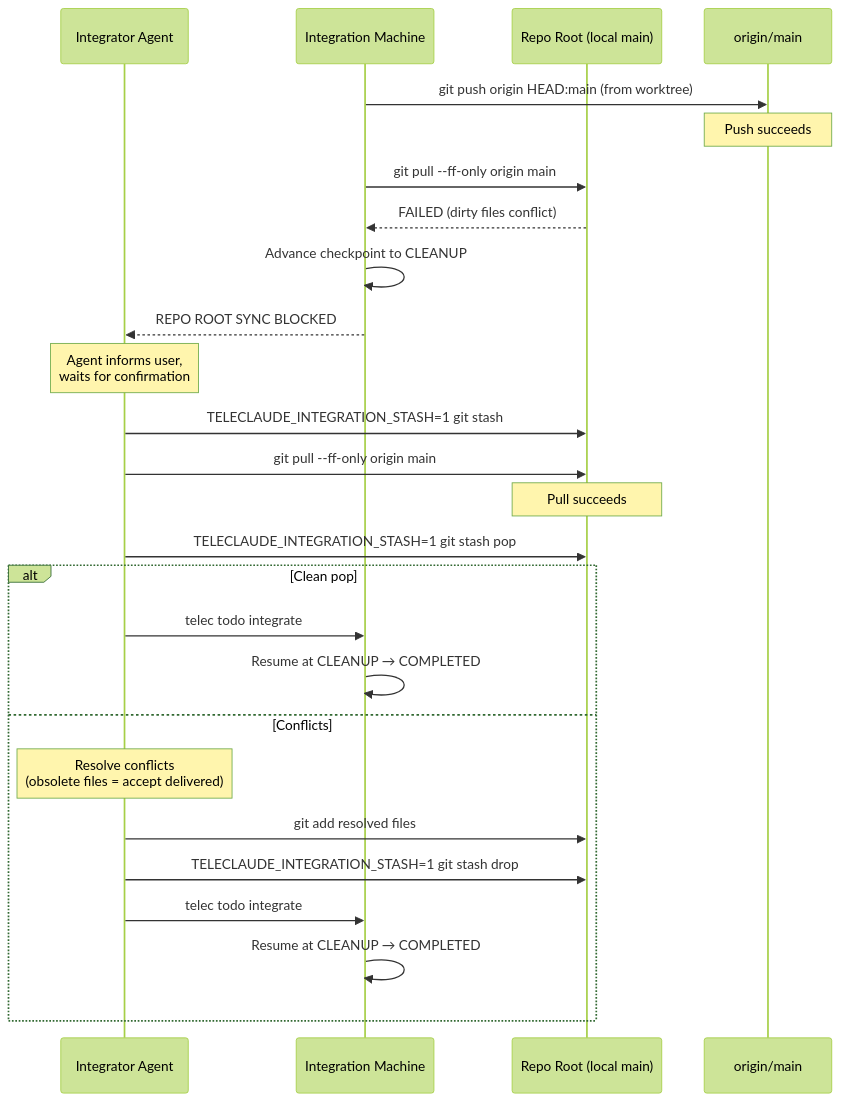
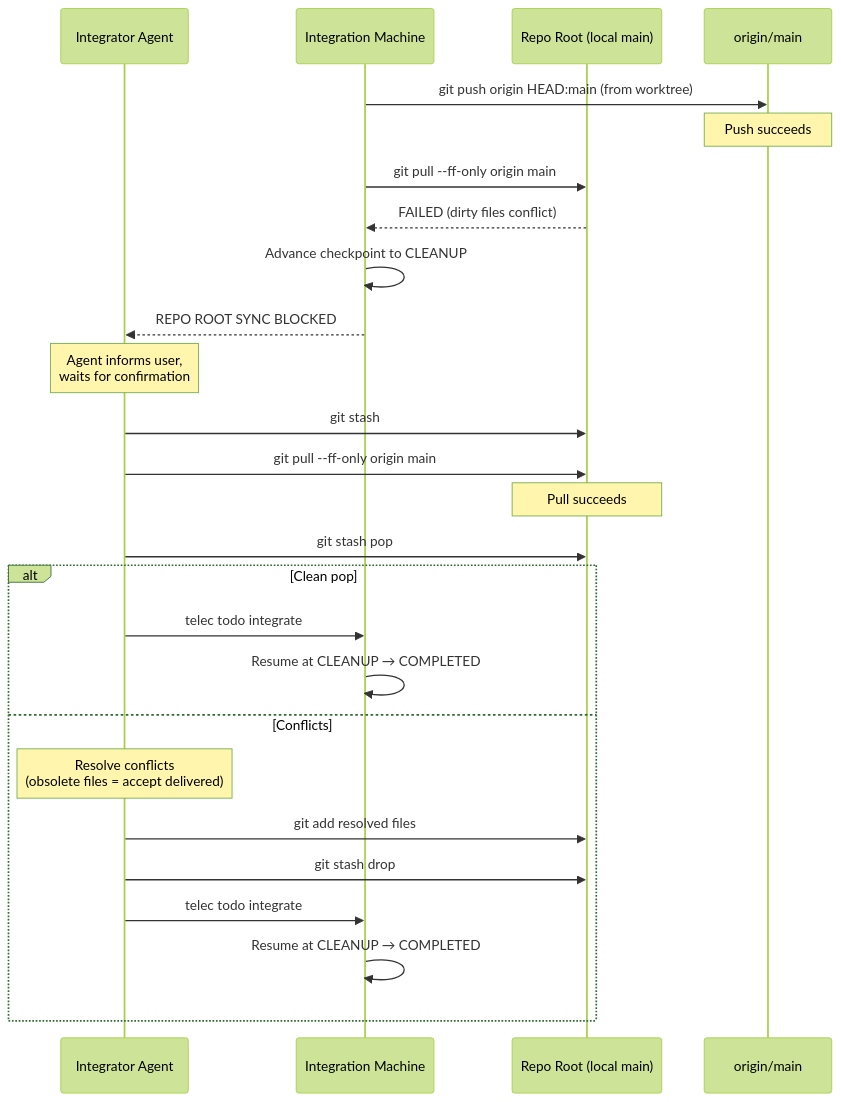
Before and after one commit to InstruktAI/TeleClaude: diagram 12 of 12 in docs/project/design/architecture/integration-state-machine.md, drawn with Mermaid (forest theme). The commit also changed other lines of this file and 37 other files, not shown here.

````diff
--- a/docs/project/design/architecture/integration-state-machine.md
+++ b/docs/project/design/architecture/integration-state-machine.md
@@ -567,34 +567,34 @@
 ```mermaid
 sequenceDiagram
     participant Agent as Integrator Agent
     participant SM as Integration Machine
     participant Root as Repo Root (local main)
     participant Origin as origin/main
 
     SM->>Origin: git push origin HEAD:main (from worktree)
     Note over Origin: Push succeeds
 
     SM->>Root: git pull --ff-only origin main
     Root-->>SM: FAILED (dirty files conflict)
 
     SM->>SM: Advance checkpoint to CLEANUP
     SM-->>Agent: REPO ROOT SYNC BLOCKED
 
     Note over Agent: Agent informs user,<br/>waits for confirmation
 
-    Agent->>Root: TELECLAUDE_INTEGRATION_STASH=1 git stash
+    Agent->>Root: git stash
     Agent->>Root: git pull --ff-only origin main
     Note over Root: Pull succeeds
-    Agent->>Root: TELECLAUDE_INTEGRATION_STASH=1 git stash pop
+    Agent->>Root: git stash pop
 
     alt Clean pop
         Agent->>SM: telec todo integrate
         SM->>SM: Resume at CLEANUP → COMPLETED
     else Conflicts
         Note over Agent: Resolve conflicts<br/>(obsolete files = accept delivered)
         Agent->>Root: git add resolved files
-        Agent->>Root: TELECLAUDE_INTEGRATION_STASH=1 git stash drop
+        Agent->>Root: git stash drop
         Agent->>SM: telec todo integrate
         SM->>SM: Resume at CLEANUP → COMPLETED
     end
 ```
````
